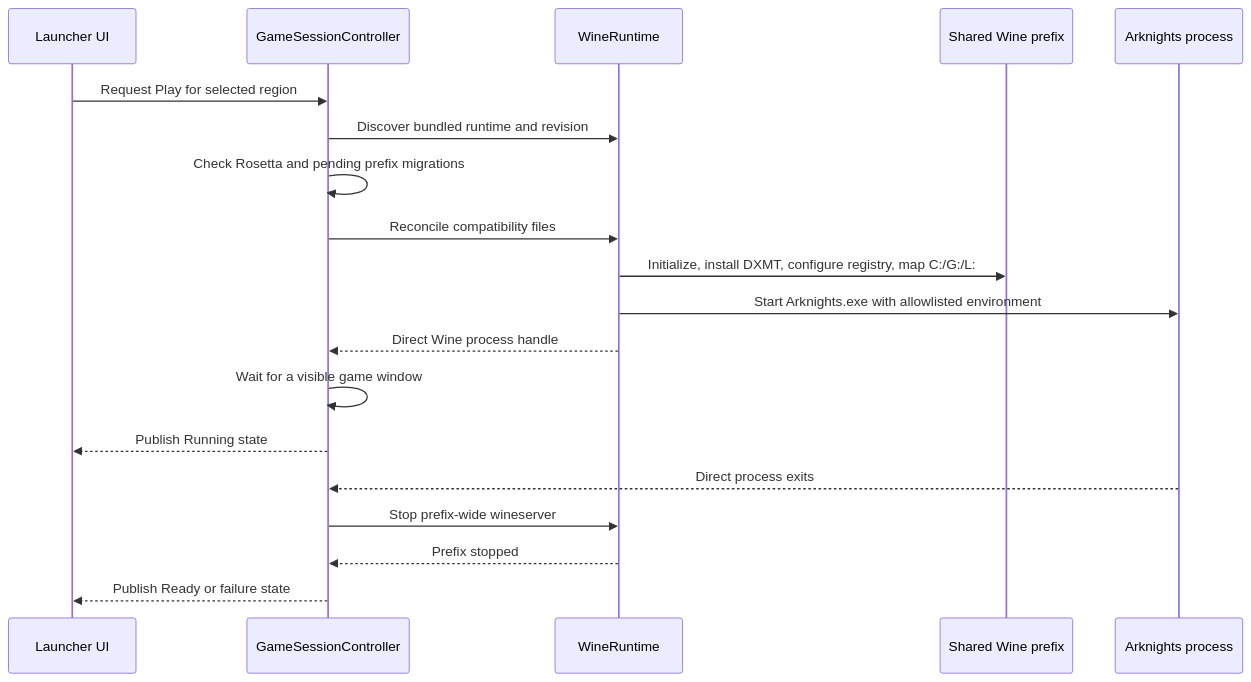
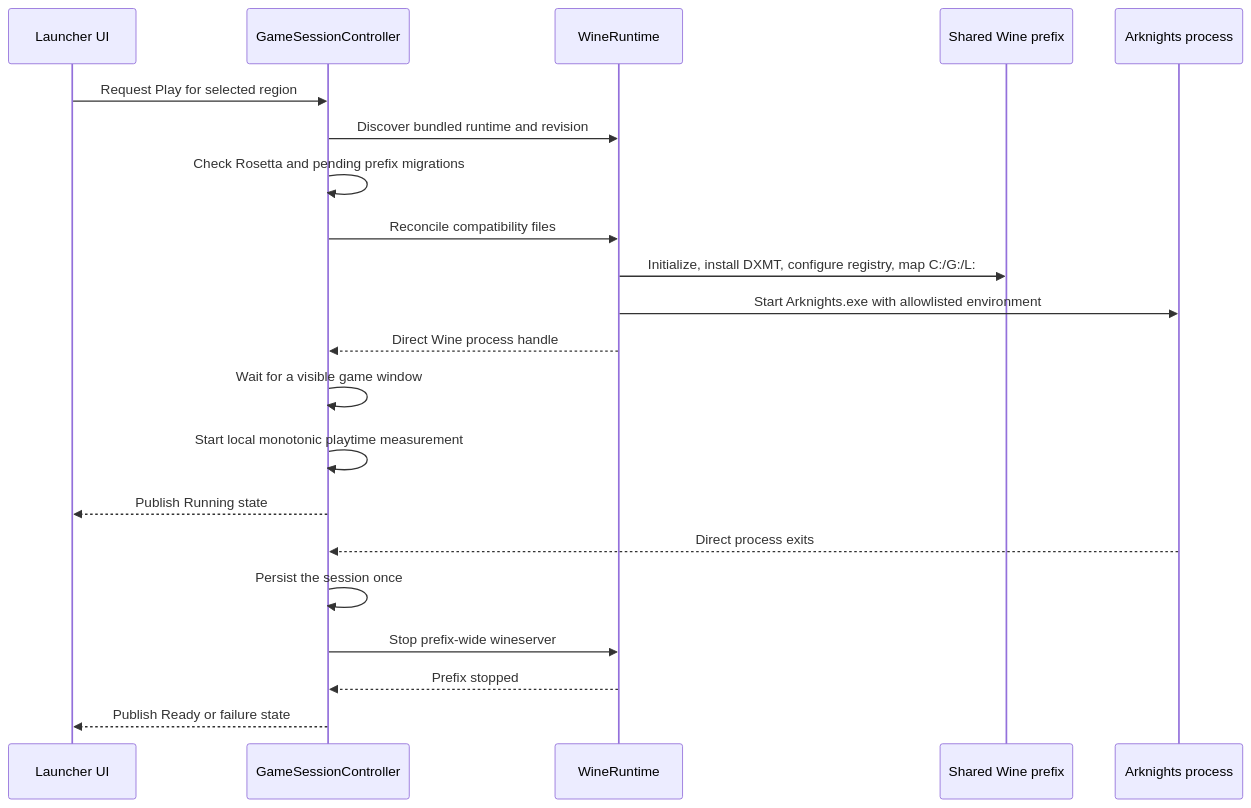
One commit to LuMiSxh/Arknights-MacOS-Client changed the first of 4 diagrams in docs/development/architecture/launch-and-process-lifecycle.md. Above: the diagram before and after it, drawn with Mermaid. The commit also changed other lines of this file and 19 other files, not shown here.

Commit message:
feat: track local playtime statistics (#50)

````diff
--- a/docs/development/architecture/launch-and-process-lifecycle.md
+++ b/docs/development/architecture/launch-and-process-lifecycle.md
@@ -30,22 +30,24 @@
 ```mermaid
 sequenceDiagram
 	participant UI as Launcher UI
 	participant Session as GameSessionController
 	participant Runtime as WineRuntime
 	participant Prefix as Shared Wine prefix
 	participant Game as Arknights process
 
 	UI->>Session: Request Play for selected region
 	Session->>Runtime: Discover bundled runtime and revision
 	Session->>Session: Check Rosetta and pending prefix migrations
 	Session->>Runtime: Reconcile compatibility files
 	Runtime->>Prefix: Initialize, install DXMT, configure registry, map C:/G:/L:
 	Runtime->>Game: Start Arknights.exe with allowlisted environment
 	Runtime-->>Session: Direct Wine process handle
 	Session->>Session: Wait for a visible game window
+	Session->>Session: Start local monotonic playtime measurement
 	Session-->>UI: Publish Running state
 	Game-->>Session: Direct process exits
+	Session->>Session: Persist the session once
 	Session->>Runtime: Stop prefix-wide wineserver
 	Runtime-->>Session: Prefix stopped
 	Session-->>UI: Publish Ready or failure state
 ```
````
